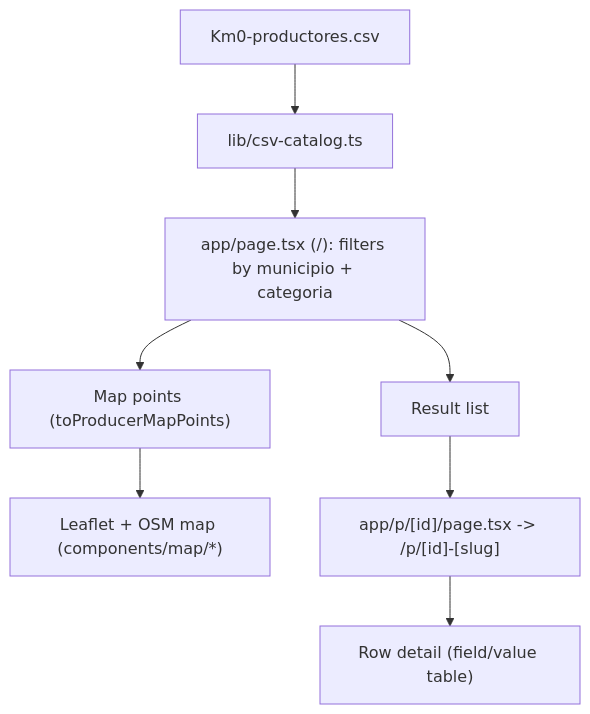
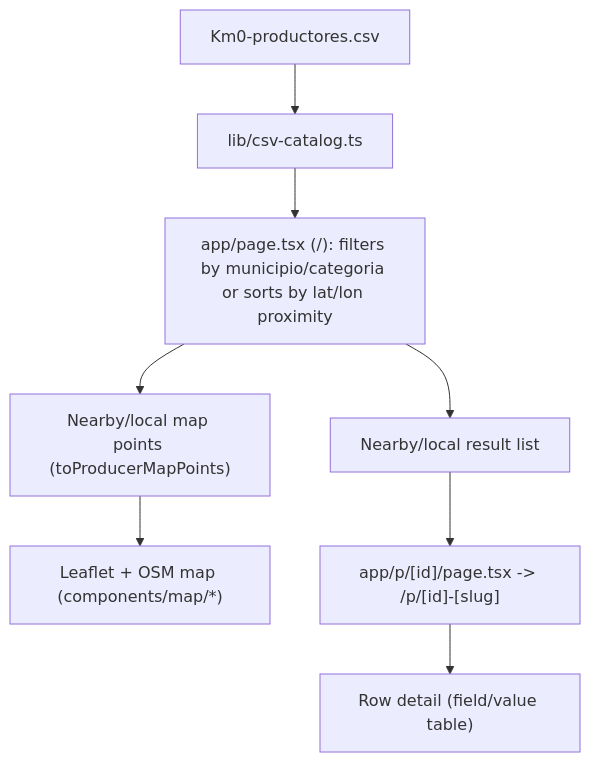
The diagram in docs/ARCHITECTURE.md (Lyzanor/chisan), drawn with Mermaid before and after one commit. The commit also changed other lines of this file and 1290 other files, not shown here.

````diff
--- a/docs/ARCHITECTURE.md
+++ b/docs/ARCHITECTURE.md
@@ -7,10 +7,10 @@
 ```mermaid
 flowchart TD
   A["Km0-productores.csv"] --> B["lib/csv-catalog.ts"]
-  B --> C["app/page.tsx (/): filters by municipio + categoria"]
-  C --> D["Result list"]
-  C --> E["Map points (toProducerMapPoints)"]
+  B --> C["app/page.tsx (/): filters by municipio/categoria or sorts by lat/lon proximity"]
+  C --> D["Nearby/local result list"]
+  C --> E["Nearby/local map points (toProducerMapPoints)"]
   E --> F["Leaflet + OSM map (components/map/*)"]
   D --> G["app/p/[id]/page.tsx -> /p/[id]-[slug]"]
   G --> H["Row detail (field/value table)"]
 ```
````
